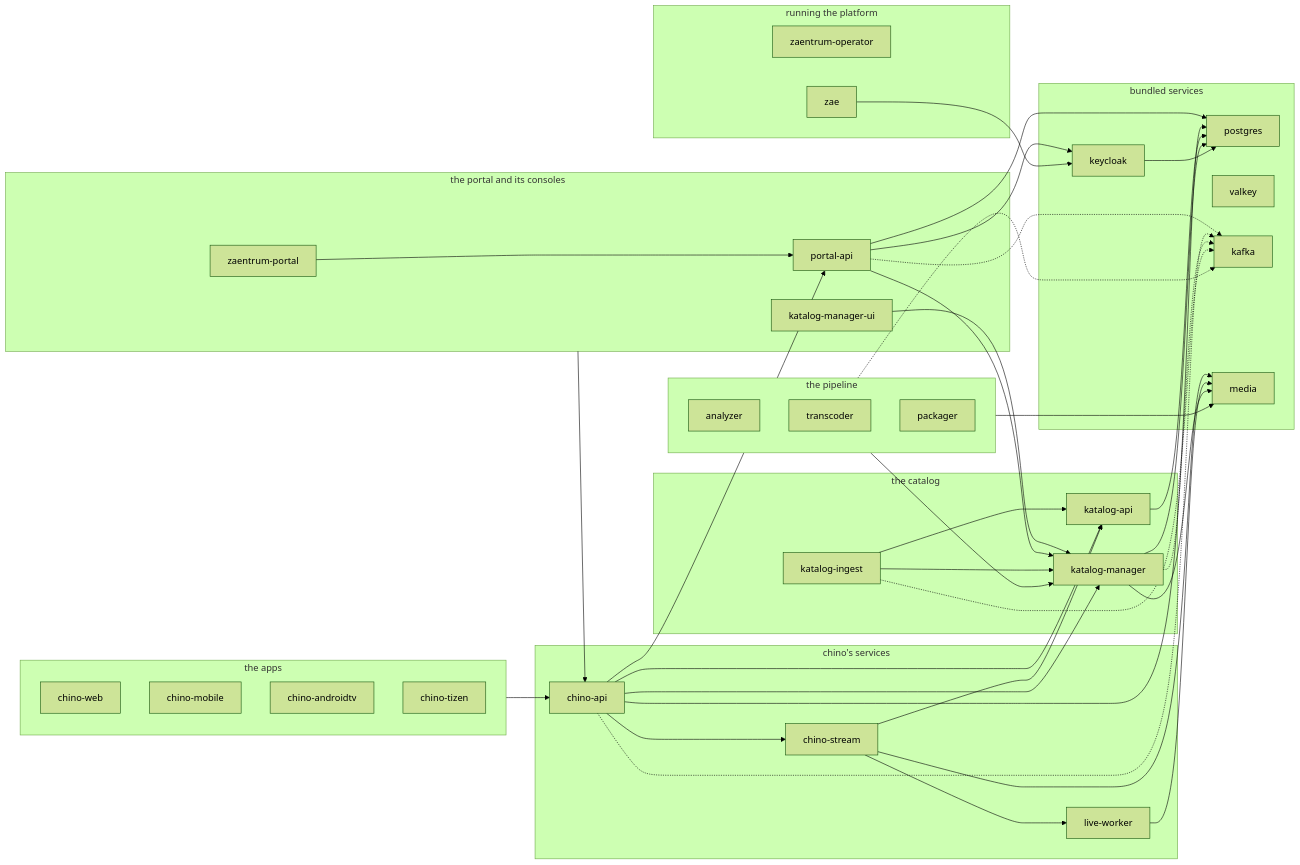
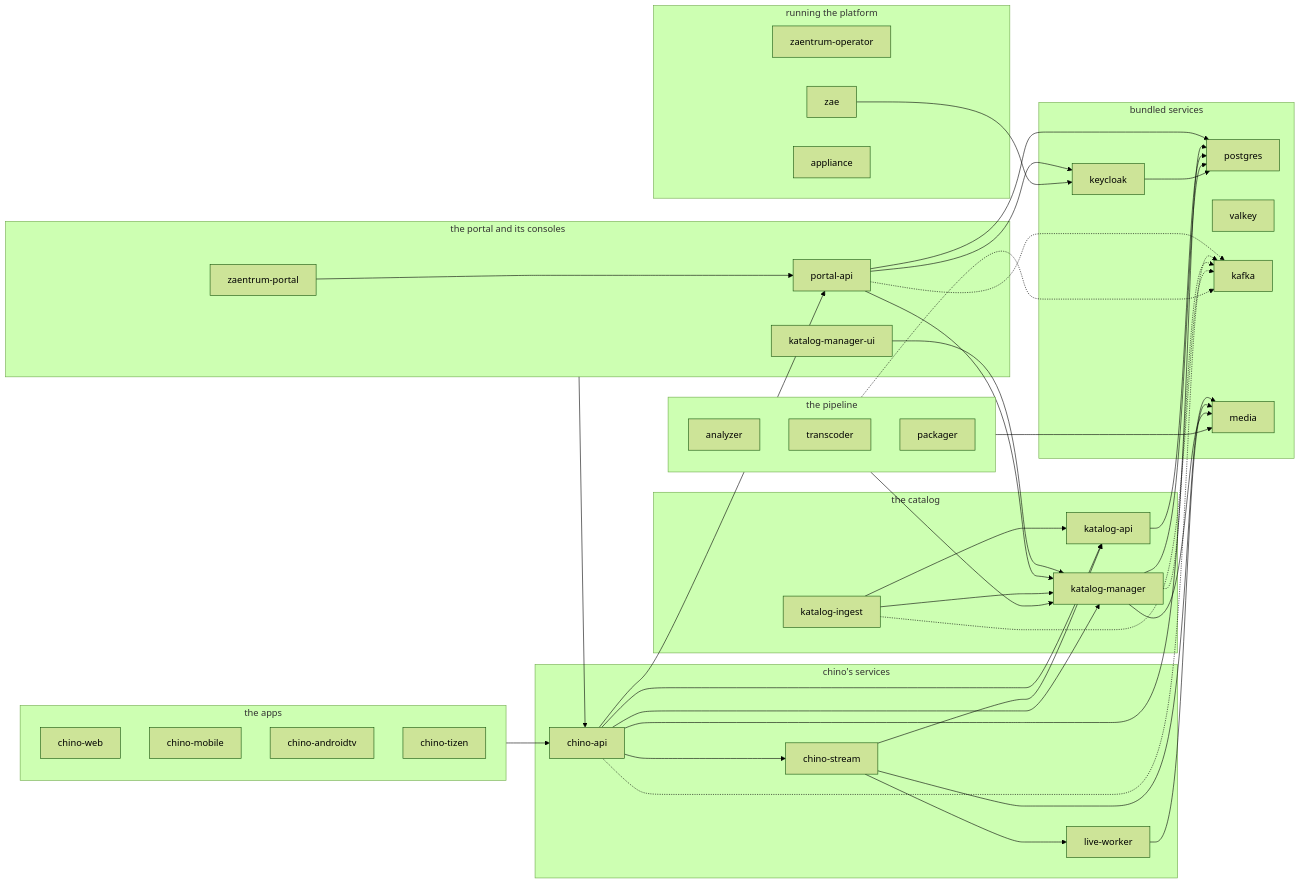
The diagram in docs/architecture.md (zaentrum/zaentrum), drawn with Mermaid (forest theme) before and after one commit. The commit also changed 17 other files, not shown here.

````diff
--- a/docs/architecture.md
+++ b/docs/architecture.md
@@ -18,54 +18,54 @@
 ```mermaid
 flowchart LR
   subgraph apps["the apps"]
     chino_web["chino-web"]; chino_mobile["chino-mobile"]; chino_androidtv["chino-androidtv"]; chino_tizen["chino-tizen"]
   end
   subgraph portal["the portal and its consoles"]
     zaentrum_portal["zaentrum-portal"]; portal_api["portal-api"]; katalog_manager_ui["katalog-manager-ui"]
   end
   subgraph chino["chino's services"]
     chino_api["chino-api"]; chino_stream["chino-stream"]; live_worker["live-worker"]
   end
   subgraph catalog["the catalog"]
     katalog_api["katalog-api"]; katalog_manager["katalog-manager"]; katalog_ingest["katalog-ingest"]
   end
   subgraph pipeline["the pipeline"]
     analyzer["analyzer"]; transcoder["transcoder"]; packager["packager"]
   end
   subgraph bundled["bundled services"]
     postgres["postgres"]; valkey["valkey"]; kafka["kafka"]; keycloak["keycloak"]; media["media"]
   end
   subgraph runtime["running the platform"]
-    zaentrum_operator["zaentrum-operator"]; zae["zae"]
+    zaentrum_operator["zaentrum-operator"]; zae["zae"]; appliance["appliance"]
   end
   apps --> chino_api
   portal --> chino_api
   pipeline -.-> kafka
   pipeline --> katalog_manager
   pipeline --> media
   zaentrum_portal --> portal_api
   katalog_manager_ui --> katalog_manager
   portal_api --> postgres
   portal_api --> keycloak
   portal_api -.-> kafka
   portal_api --> katalog_manager
   chino_api --> katalog_api
   chino_api --> katalog_manager
   chino_api --> chino_stream
   chino_api --> portal_api
   chino_api --> postgres
   chino_api -.-> kafka
   chino_stream --> katalog_api
   chino_stream --> live_worker
   chino_stream --> media
   live_worker --> media
   katalog_api --> postgres
   katalog_manager --> postgres
   katalog_manager --> media
   katalog_manager -.-> kafka
   katalog_ingest --> katalog_api
   katalog_ingest --> katalog_manager
   katalog_ingest -.-> kafka
   keycloak --> postgres
   zae --> keycloak
 ```
````
